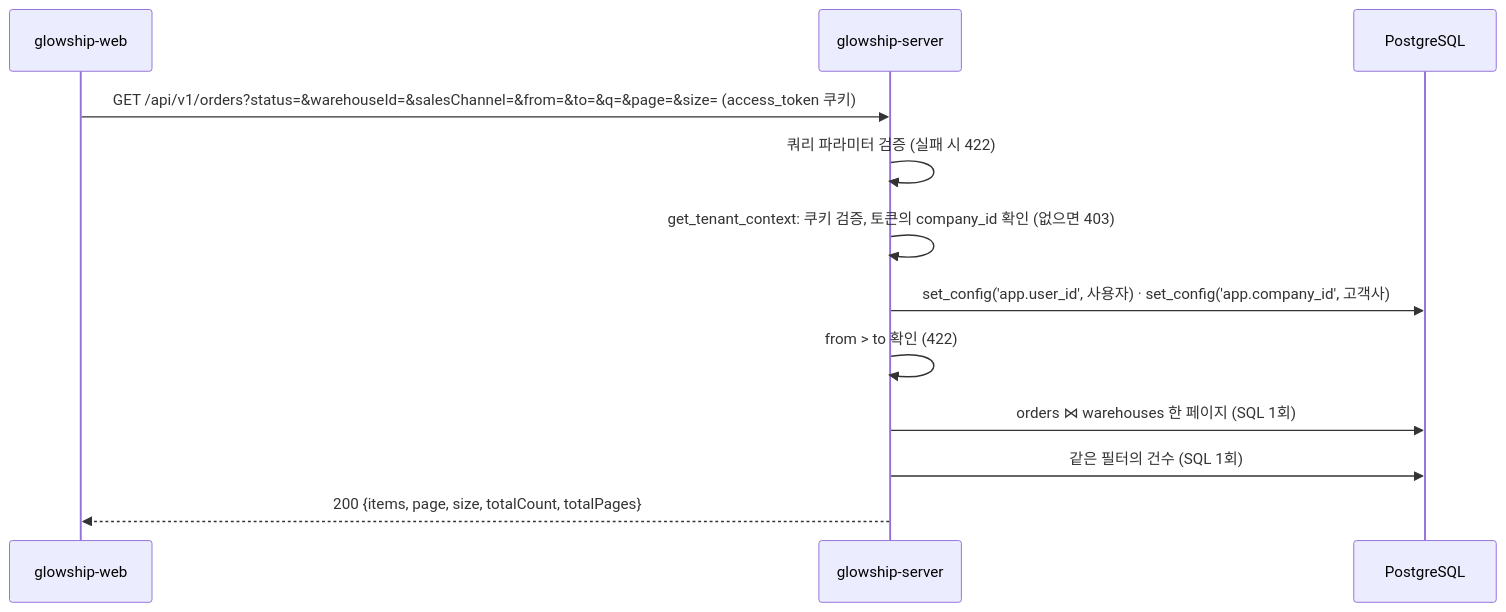
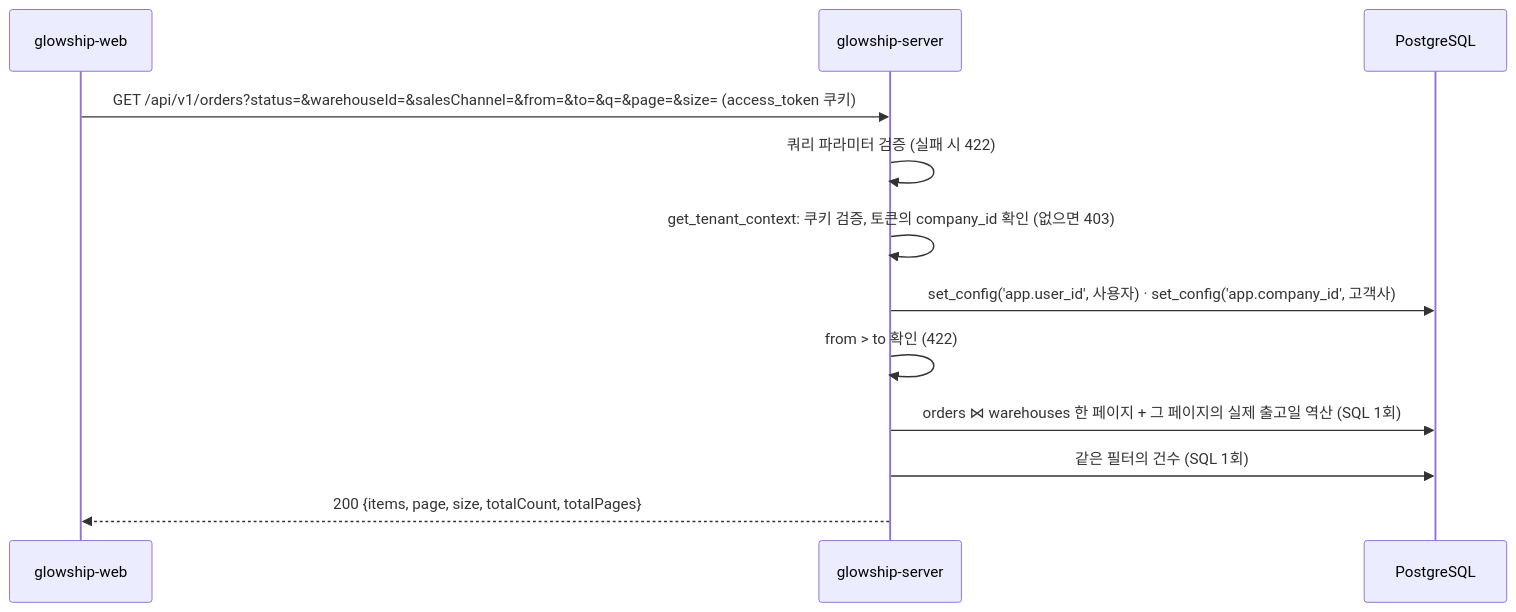
The diagram in docs/order/order-list.md (K-GlowShip/glowship-server), drawn with Mermaid before and after one commit. The commit also changed other lines of this file and 11 other files, not shown here.

````diff
--- a/docs/order/order-list.md
+++ b/docs/order/order-list.md
@@ -13,15 +13,15 @@
 ```mermaid
 sequenceDiagram
     participant W as glowship-web
     participant S as glowship-server
     participant DB as PostgreSQL
 
     W->>S: GET /api/v1/orders?status=&warehouseId=&salesChannel=&from=&to=&q=&page=&size= (access_token 쿠키)
     S->>S: 쿼리 파라미터 검증 (실패 시 422)
     S->>S: get_tenant_context: 쿠키 검증, 토큰의 company_id 확인 (없으면 403)
     S->>DB: set_config('app.user_id', 사용자) · set_config('app.company_id', 고객사)
     S->>S: from > to 확인 (422)
-    S->>DB: orders ⋈ warehouses 한 페이지 (SQL 1회)
+    S->>DB: orders ⋈ warehouses 한 페이지 + 그 페이지의 실제 출고일 역산 (SQL 1회)
     S->>DB: 같은 필터의 건수 (SQL 1회)
     S-->>W: 200 {items, page, size, totalCount, totalPages}
 ```
````
